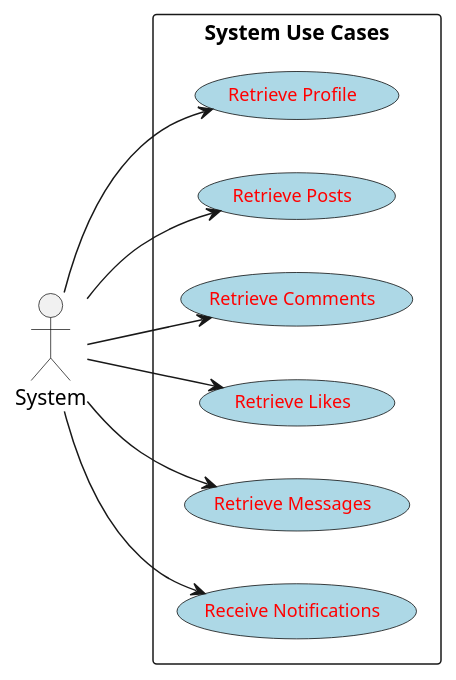
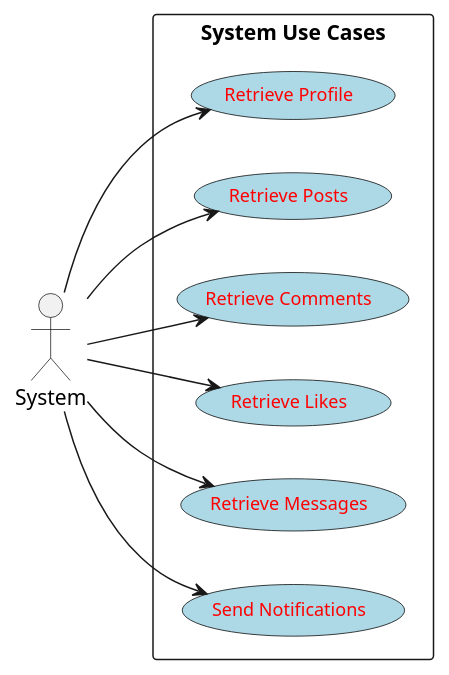
Before and after one commit to AndreeaDraghici/Android-Social-Media-Platform: the diagram in app/sampledata/user_case_system_diagra,m.puml, drawn with PlantUML. The commit also changed 8 other files, not shown here.

Commit message:
updated and added diagrams

```diff
--- a/app/sampledata/user_case_system_diagra,m.puml
+++ b/app/sampledata/user_case_system_diagra,m.puml
@@ -1,26 +1,28 @@
-@startuml
+@startuml SystemUseCases
 left to right direction
+
 skinparam usecase {
    BackgroundColor LightBlue
    FontSize 12
    BorderColor Black
    FontColor Red
 }
+
 actor System
 
 rectangle "System Use Cases" {
   usecase "Retrieve Profile"       as UC4
   usecase "Retrieve Posts"         as UC8
   usecase "Retrieve Comments"      as UC12
   usecase "Retrieve Likes"         as UC13
   usecase "Retrieve Messages"      as UC21
-  usecase "Receive Notifications"  as UC23
+  usecase "Send Notifications"     as UC23
 }
 
 System --> UC4
 System --> UC8
 System --> UC12
 System --> UC13
 System --> UC21
 System --> UC23
 @enduml
```
